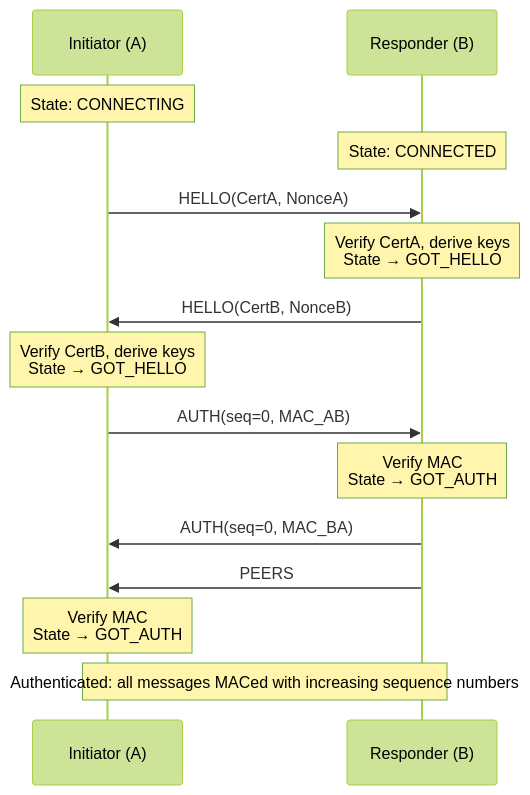
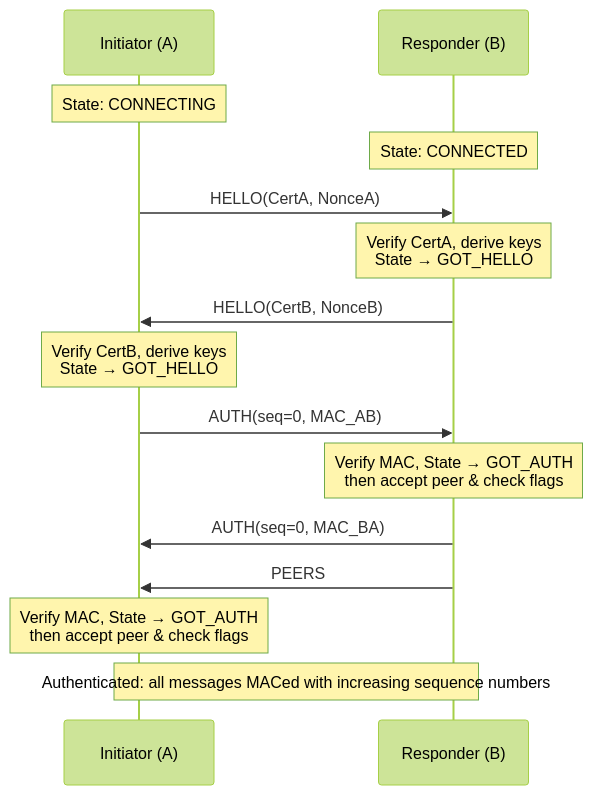
Before and after one commit to tomerweller/henyey: the second of 6 diagrams in docs/stellar-specs/OVERLAY_SPEC.md, drawn with Mermaid (forest theme). The commit also changed other lines of this file and 7 other files, not shown here.

````diff
--- a/docs/stellar-specs/OVERLAY_SPEC.md
+++ b/docs/stellar-specs/OVERLAY_SPEC.md
@@ -226,17 +226,17 @@
 ```mermaid
 sequenceDiagram
     participant A as Initiator (A)
     participant B as Responder (B)
     note over A: State: CONNECTING
     note over B: State: CONNECTED
     A->>B: HELLO(CertA, NonceA)
     note over B: Verify CertA, derive keys<br/>State → GOT_HELLO
     B->>A: HELLO(CertB, NonceB)
     note over A: Verify CertB, derive keys<br/>State → GOT_HELLO
     A->>B: AUTH(seq=0, MAC_AB)
-    note over B: Verify MAC<br/>State → GOT_AUTH
+    note over B: Verify MAC, State → GOT_AUTH<br/>then accept peer & check flags
     B->>A: AUTH(seq=0, MAC_BA)
     B->>A: PEERS
-    note over A: Verify MAC<br/>State → GOT_AUTH
+    note over A: Verify MAC, State → GOT_AUTH<br/>then accept peer & check flags
     note over A,B: Authenticated: all messages MACed with increasing sequence numbers
 ```
````
